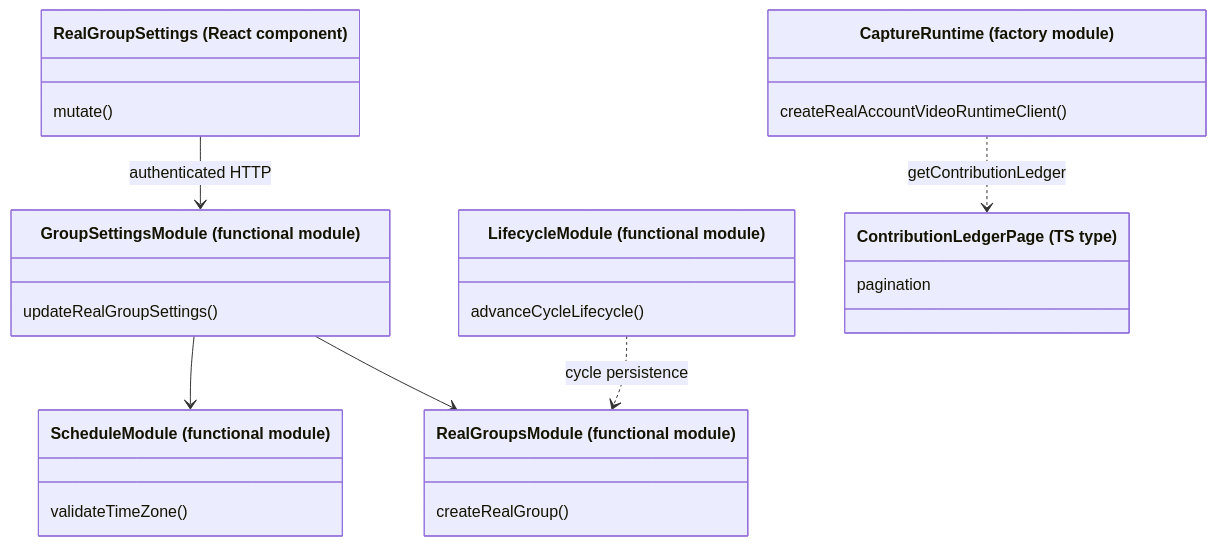
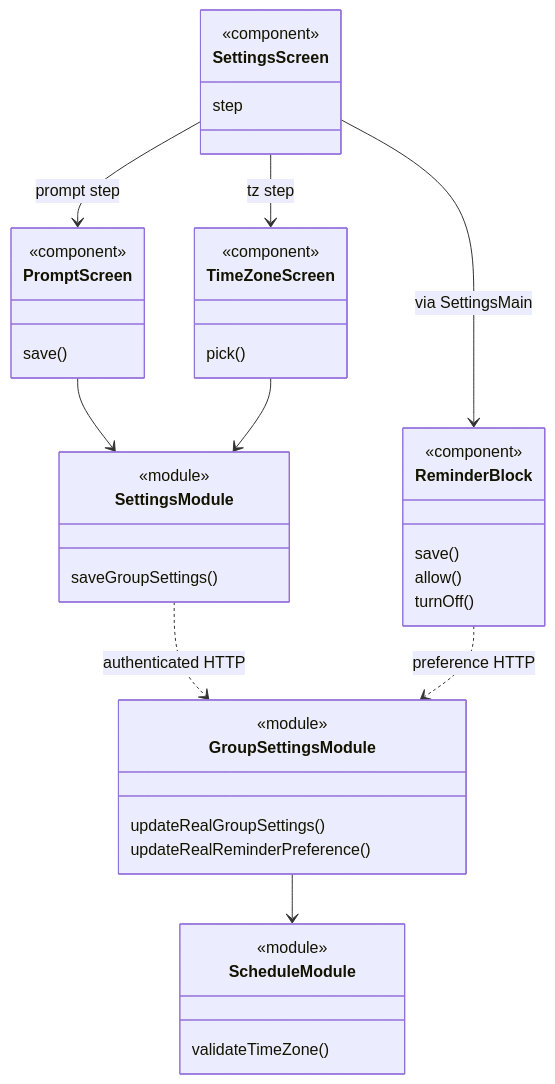
The ninth of 17 diagrams in docs/design/interactions.md (Collaboration95/rewind-app), drawn with Mermaid before and after one commit. The commit also changed other lines of this file and 3 other files, not shown here.

Commit message:
docs: map mounted settings and reminder ordering

````diff
--- a/docs/design/interactions.md
+++ b/docs/design/interactions.md
@@ -282,22 +291,42 @@
 ```mermaid
 classDiagram
-  class RealGroupSettings["RealGroupSettings (React component)"]
-  RealGroupSettings : mutate()
-  class GroupSettingsModule["GroupSettingsModule (functional module)"]
-  GroupSettingsModule : updateRealGroupSettings()
-  class ScheduleModule["ScheduleModule (functional module)"]
-  ScheduleModule : validateTimeZone()
-  class RealGroupsModule["RealGroupsModule (functional module)"]
-  RealGroupsModule : createRealGroup()
-  class LifecycleModule["LifecycleModule (functional module)"]
-  LifecycleModule : advanceCycleLifecycle()
-  class CaptureRuntime["CaptureRuntime (factory module)"]
-  CaptureRuntime : createRealAccountVideoRuntimeClient()
-  class ContributionLedgerPage["ContributionLedgerPage (TS type)"]
-  ContributionLedgerPage : pagination
-  RealGroupSettings --> GroupSettingsModule : authenticated HTTP
+  class SettingsScreen {
+    <<component>>
+    step
+  }
+  class PromptScreen {
+    <<component>>
+    save()
+  }
+  class TimeZoneScreen {
+    <<component>>
+    pick()
+  }
+  class ReminderBlock {
+    <<component>>
+    save()
+    allow()
+    turnOff()
+  }
+  class SettingsModule {
+    <<module>>
+    saveGroupSettings()
+  }
+  class GroupSettingsModule {
+    <<module>>
+    updateRealGroupSettings()
+    updateRealReminderPreference()
+  }
+  class ScheduleModule {
+    <<module>>
+    validateTimeZone()
+  }
+  SettingsScreen --> PromptScreen : prompt step
+  SettingsScreen --> TimeZoneScreen : tz step
+  SettingsScreen --> ReminderBlock : via SettingsMain
+  PromptScreen --> SettingsModule
+  TimeZoneScreen --> SettingsModule
+  SettingsModule ..> GroupSettingsModule : authenticated HTTP
+  ReminderBlock ..> GroupSettingsModule : preference HTTP
   GroupSettingsModule --> ScheduleModule
-  GroupSettingsModule --> RealGroupsModule
-  LifecycleModule ..> RealGroupsModule : cycle persistence
-  CaptureRuntime ..> ContributionLedgerPage : getContributionLedger
 ```
````
